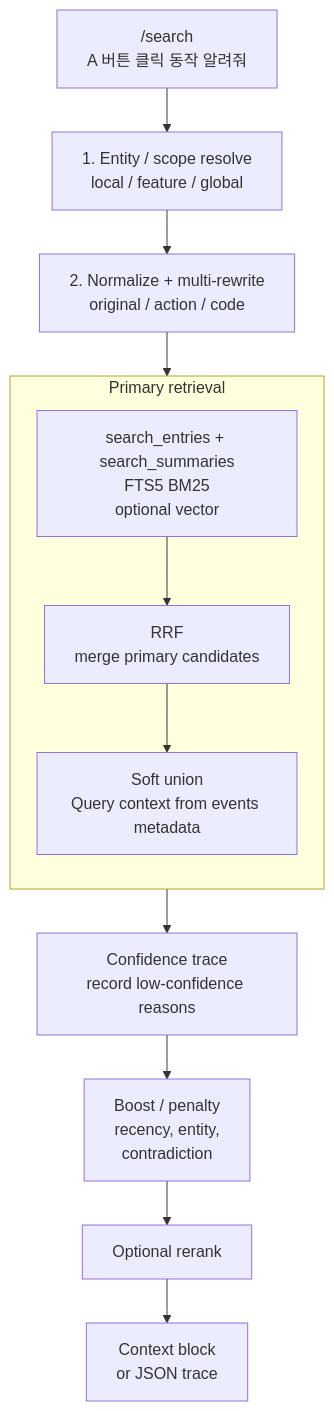
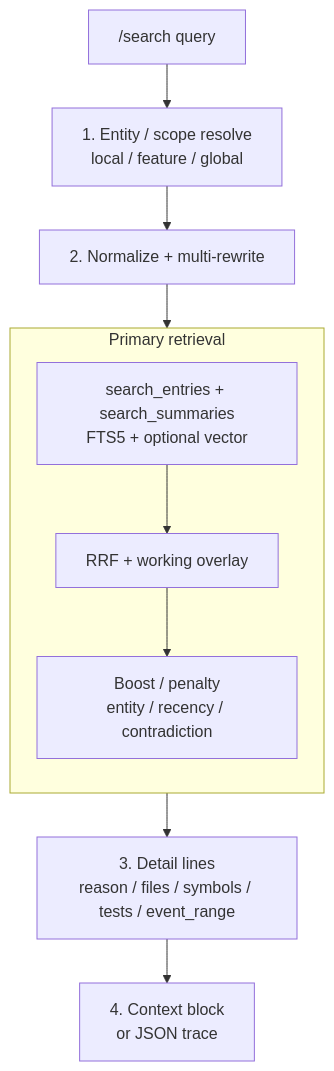
One commit to taeuk178/MultiAgentCLI changed the second of 3 diagrams in Document/flow.md. Above: the diagram before and after it, drawn with Mermaid. The commit also changed other lines of this file and 5 other files, not shown here.

First line of the commit message:
flow 문서 구조 정리

````diff
--- a/Document/flow.md
+++ b/Document/flow.md
@@ -604,23 +54,19 @@
 ```mermaid
 %%{init: {'flowchart': {'useMaxWidth': true, 'rankSpacing': 44, 'nodeSpacing': 34}, 'theme': 'default'}}%%
 flowchart TB
-    Q["/search<br/>A 버튼 클릭 동작 알려줘"]
-    RES["1. Entity / scope resolve<br/>local / feature / global"]
-    SURF["2. Normalize + multi-rewrite<br/>original / action / code"]
+    Q["/search query"]
+    SCOPE["1. Entity / scope resolve<br/>local / feature / global"]
+    REWRITE["2. Normalize + multi-rewrite"]
 
-    subgraph PRIMARY["Primary retrieval"]
+    subgraph RET["Primary retrieval"]
       direction TB
-      DOCS["search_entries + search_summaries<br/>FTS5 BM25<br/>optional vector"]
-      RRF["RRF<br/>merge primary candidates"]
-      OVER["Soft union<br/>Query context from events metadata"]
+      IDX["search_entries + search_summaries<br/>FTS5 + optional vector"]
+      FUSE["RRF + working overlay"]
+      RANK["Boost / penalty<br/>entity / recency / contradiction"]
     end
 
-    CONF["Confidence trace<br/>record low-confidence reasons"]
+    DETAIL["3. Detail lines<br/>reason / files / symbols / tests / event_range"]
+    OUT["4. Context block<br/>or JSON trace"]
 
-    RANK["Boost / penalty<br/>recency, entity,<br/>contradiction"]
-    RR["Optional rerank"]
-    OUT["Context block<br/>or JSON trace"]
-
-    Q --> RES --> SURF --> DOCS --> RRF --> OVER --> CONF --> RANK
-    RANK --> RR --> OUT
+    Q --> SCOPE --> REWRITE --> IDX --> FUSE --> RANK --> DETAIL --> OUT
 ```
````
